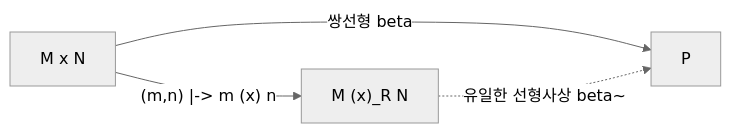
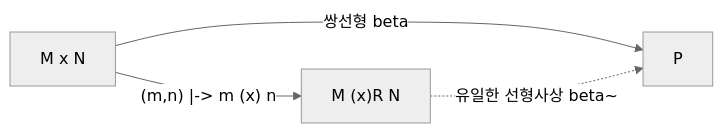
The diagram in docs/tensor-products.md (Phryxia/math-map), drawn with Mermaid (neutral theme) before and after one commit.

Commit message:
drop the underscore from the tensor-products mermaid node label
Claude-Session: https://claude.ai/code/session_01MUpvfPzakBPoFmPEi8ohrF

````diff
--- a/docs/tensor-products.md
+++ b/docs/tensor-products.md
@@ -29,6 +29,6 @@
 ```mermaid
 graph LR
   MN["M x N"] -- "쌍선형 beta" --> P["P"]
-  MN -- "(m,n) |-> m (x) n" --> T["M (x)_R N"]
+  MN -- "(m,n) |-> m (x) n" --> T["M (x)R N"]
   T -. "유일한 선형사상 beta~" .-> P
 ```
````
